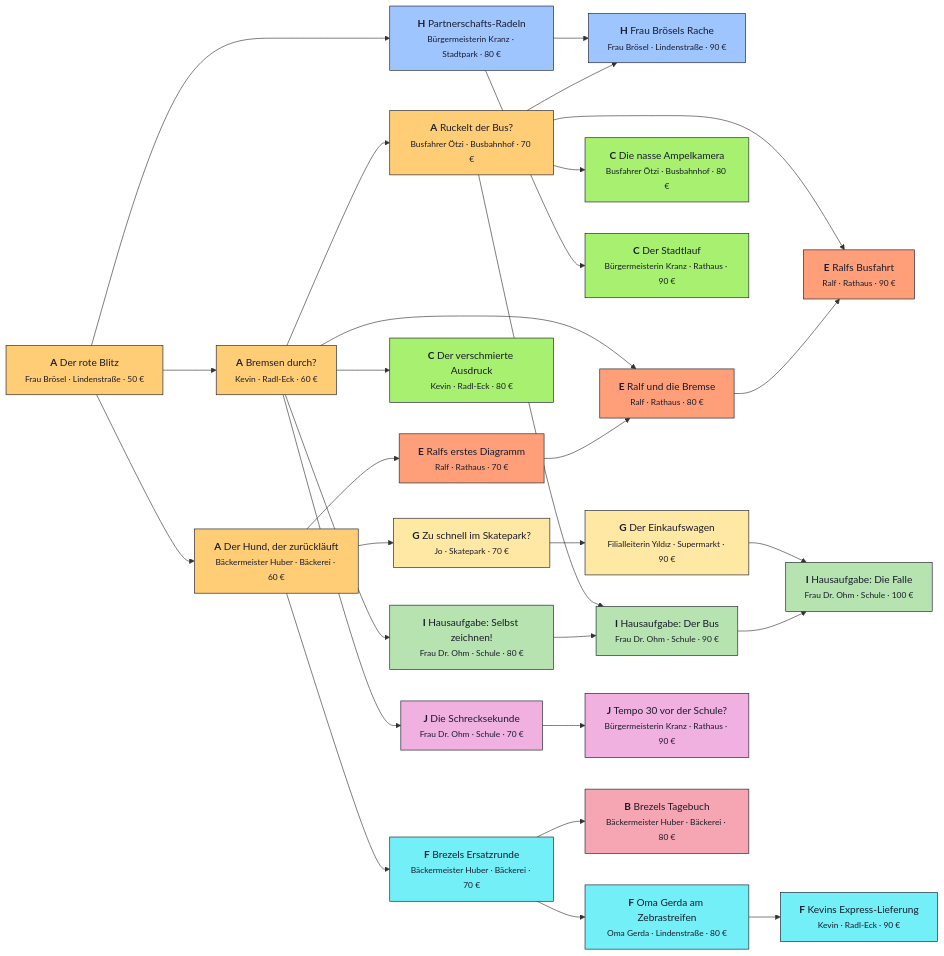
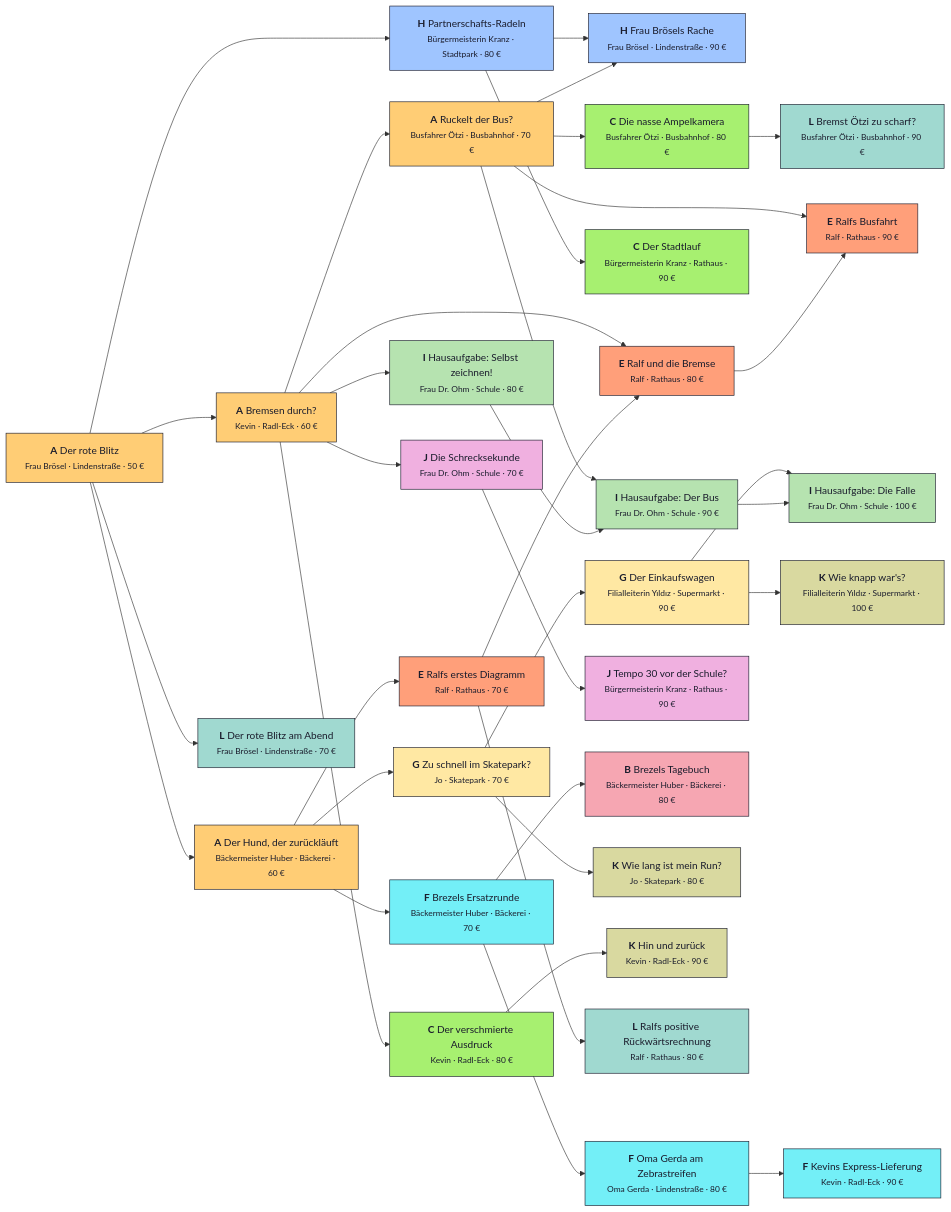
The diagram in docs/QUESTPLAN.md (MJMssnr/amt-fuer-bewegung), drawn with Mermaid before and after one commit. The commit also changed other lines of this file and 11 other files, not shown here.

````diff
--- a/docs/QUESTPLAN.md
+++ b/docs/QUESTPLAN.md
@@ -10,65 +10,77 @@
 ```mermaid
 flowchart LR
   t01_sportwagen["<b>A</b> Der rote Blitz<br/><small>Frau Brösel · Lindenstraße · 50 €</small>"]:::tA
   t02_kevin["<b>A</b> Bremsen durch?<br/><small>Kevin · Radl-Eck · 60 €</small>"]:::tA
   t03_bus["<b>A</b> Ruckelt der Bus?<br/><small>Busfahrer Ötzi · Busbahnhof · 70 €</small>"]:::tA
   t04_brezel["<b>A</b> Der Hund, der zurückläuft<br/><small>Bäckermeister Huber · Bäckerei · 60 €</small>"]:::tA
   t05_radeln["<b>H</b> Partnerschafts-Radeln<br/><small>Bürgermeisterin Kranz · Stadtpark · 80 €</small>"]:::tH
   t06_broesel_ampel["<b>H</b> Frau Brösels Rache<br/><small>Frau Brösel · Lindenstraße · 90 €</small>"]:::tH
   t07_skater["<b>G</b> Zu schnell im Skatepark?<br/><small>Jo · Skatepark · 70 €</small>"]:::tG
   t08_einkaufswagen["<b>G</b> Der Einkaufswagen<br/><small>Filialleiterin Yıldız · Supermarkt · 90 €</small>"]:::tG
   t09_tacho["<b>C</b> Der verschmierte Ausdruck<br/><small>Kevin · Radl-Eck · 80 €</small>"]:::tC
   t10_ampelkamera["<b>C</b> Die nasse Ampelkamera<br/><small>Busfahrer Ötzi · Busbahnhof · 80 €</small>"]:::tC
   t11_stadtlauf["<b>C</b> Der Stadtlauf<br/><small>Bürgermeisterin Kranz · Rathaus · 90 €</small>"]:::tC
   t12_ralf_brezel["<b>E</b> Ralfs erstes Diagramm<br/><small>Ralf · Rathaus · 70 €</small>"]:::tE
   t13_ralf_kevin["<b>E</b> Ralf und die Bremse<br/><small>Ralf · Rathaus · 80 €</small>"]:::tE
   t14_ralf_bus["<b>E</b> Ralfs Busfahrt<br/><small>Ralf · Rathaus · 90 €</small>"]:::tE
   t15_live_brezel["<b>F</b> Brezels Ersatzrunde<br/><small>Bäckermeister Huber · Bäckerei · 70 €</small>"]:::tF
   t16_live_gerda["<b>F</b> Oma Gerda am Zebrastreifen<br/><small>Oma Gerda · Lindenstraße · 80 €</small>"]:::tF
   t17_live_kevin["<b>F</b> Kevins Express-Lieferung<br/><small>Kevin · Radl-Eck · 90 €</small>"]:::tF
   t18_konstrukt_kevin["<b>I</b> Hausaufgabe: Selbst zeichnen!<br/><small>Frau Dr. Ohm · Schule · 80 €</small>"]:::tI
   t19_konstrukt_bus["<b>I</b> Hausaufgabe: Der Bus<br/><small>Frau Dr. Ohm · Schule · 90 €</small>"]:::tI
   t20_konstrukt_wagen["<b>I</b> Hausaufgabe: Die Falle<br/><small>Frau Dr. Ohm · Schule · 100 €</small>"]:::tI
   t21_reaktion_rad["<b>J</b> Die Schrecksekunde<br/><small>Frau Dr. Ohm · Schule · 70 €</small>"]:::tJ
   t22_reaktion_auto["<b>J</b> Tempo 30 vor der Schule?<br/><small>Bürgermeisterin Kranz · Rathaus · 90 €</small>"]:::tJ
   t23_freihand_brezel["<b>B</b> Brezels Tagebuch<br/><small>Bäckermeister Huber · Bäckerei · 80 €</small>"]:::tB
+  t24_flaeche_jo["<b>K</b> Wie lang ist mein Run?<br/><small>Jo · Skatepark · 80 €</small>"]:::tK
+  t25_flaeche_kevin["<b>K</b> Hin und zurück<br/><small>Kevin · Radl-Eck · 90 €</small>"]:::tK
+  t26_flaeche_wagen["<b>K</b> Wie knapp war's?<br/><small>Filialleiterin Yıldız · Supermarkt · 100 €</small>"]:::tK
+  t27_steigung_blitz["<b>L</b> Der rote Blitz am Abend<br/><small>Frau Brösel · Lindenstraße · 70 €</small>"]:::tL
+  t28_steigung_ralf["<b>L</b> Ralfs positive Rückwärtsrechnung<br/><small>Ralf · Rathaus · 80 €</small>"]:::tL
+  t29_steigung_bus["<b>L</b> Bremst Ötzi zu scharf?<br/><small>Busfahrer Ötzi · Busbahnhof · 90 €</small>"]:::tL
   t01_sportwagen --> t02_kevin
   t02_kevin --> t03_bus
   t01_sportwagen --> t04_brezel
   t01_sportwagen --> t05_radeln
   t03_bus --> t06_broesel_ampel
   t05_radeln --> t06_broesel_ampel
   t04_brezel --> t07_skater
   t07_skater --> t08_einkaufswagen
   t02_kevin --> t09_tacho
   t03_bus --> t10_ampelkamera
   t05_radeln --> t11_stadtlauf
   t04_brezel --> t12_ralf_brezel
   t12_ralf_brezel --> t13_ralf_kevin
   t02_kevin --> t13_ralf_kevin
   t13_ralf_kevin --> t14_ralf_bus
   t03_bus --> t14_ralf_bus
   t04_brezel --> t15_live_brezel
   t15_live_brezel --> t16_live_gerda
   t16_live_gerda --> t17_live_kevin
   t02_kevin --> t18_konstrukt_kevin
   t18_konstrukt_kevin --> t19_konstrukt_bus
   t03_bus --> t19_konstrukt_bus
   t19_konstrukt_bus --> t20_konstrukt_wagen
   t08_einkaufswagen --> t20_konstrukt_wagen
   t02_kevin --> t21_reaktion_rad
   t21_reaktion_rad --> t22_reaktion_auto
   t15_live_brezel --> t23_freihand_brezel
+  t07_skater --> t24_flaeche_jo
+  t09_tacho --> t25_flaeche_kevin
+  t08_einkaufswagen --> t26_flaeche_wagen
+  t01_sportwagen --> t27_steigung_blitz
+  t12_ralf_brezel --> t28_steigung_ralf
+  t10_ampelkamera --> t29_steigung_bus
   classDef tA fill:#ffcd75,stroke:#1a1c2c,color:#1a1c2c
   classDef tB fill:#f6a6b2,stroke:#1a1c2c,color:#1a1c2c
   classDef tC fill:#a7f070,stroke:#1a1c2c,color:#1a1c2c
   classDef tD fill:#c7a6ff,stroke:#1a1c2c,color:#1a1c2c
   classDef tE fill:#ff9f7a,stroke:#1a1c2c,color:#1a1c2c
   classDef tF fill:#73eff7,stroke:#1a1c2c,color:#1a1c2c
   classDef tG fill:#ffe8a3,stroke:#1a1c2c,color:#1a1c2c
   classDef tH fill:#9fc5ff,stroke:#1a1c2c,color:#1a1c2c
   classDef tI fill:#b6e3b0,stroke:#1a1c2c,color:#1a1c2c
   classDef tJ fill:#f0b0e0,stroke:#1a1c2c,color:#1a1c2c
   classDef tK fill:#d9d9a0,stroke:#1a1c2c,color:#1a1c2c
   classDef tL fill:#a0d9d0,stroke:#1a1c2c,color:#1a1c2c
 ```
````
